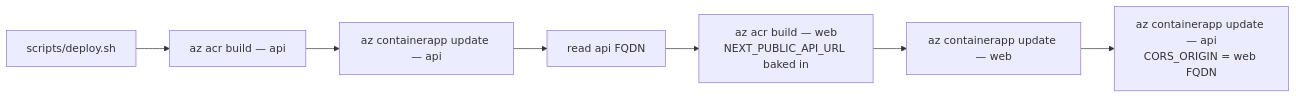
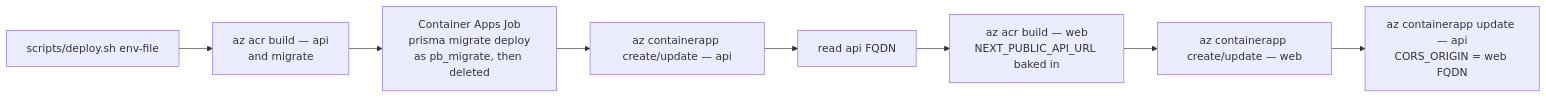
The sixth of 7 diagrams in docs/deploy-plan.md (Lynns0416/buddy-app-copy), drawn with Mermaid before and after one commit. The commit also changed other lines of this file and 10 other files, not shown here.

First line of the commit message:
infra: rewrite deploy.sh for Azure Container Apps (#177)

````diff
--- a/docs/deploy-plan.md
+++ b/docs/deploy-plan.md
@@ -290,9 +294,10 @@
 ```mermaid
 flowchart LR
-    L["scripts/deploy.sh"] --> B1["az acr build — api"]
-    B1 --> D1["az containerapp update — api"]
+    L["scripts/deploy.sh env-file"] --> B1["az acr build — api<br/>and migrate"]
+    B1 --> M["Container Apps Job<br/>prisma migrate deploy<br/>as pb_migrate, then deleted"]
+    M --> D1["az containerapp create/update — api"]
     D1 --> URL["read api FQDN"]
     URL --> B2["az acr build — web<br/>NEXT_PUBLIC_API_URL baked in"]
-    B2 --> D2["az containerapp update — web"]
+    B2 --> D2["az containerapp create/update — web"]
     D2 --> CORS["az containerapp update — api<br/>CORS_ORIGIN = web FQDN"]
 ```
````
